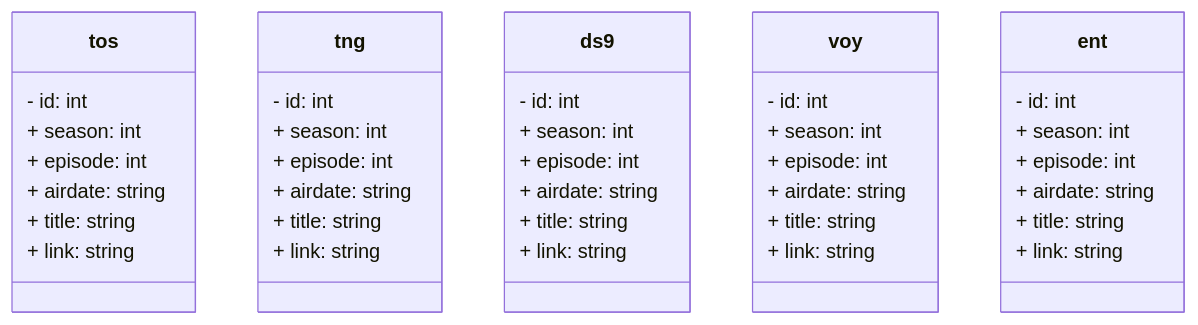
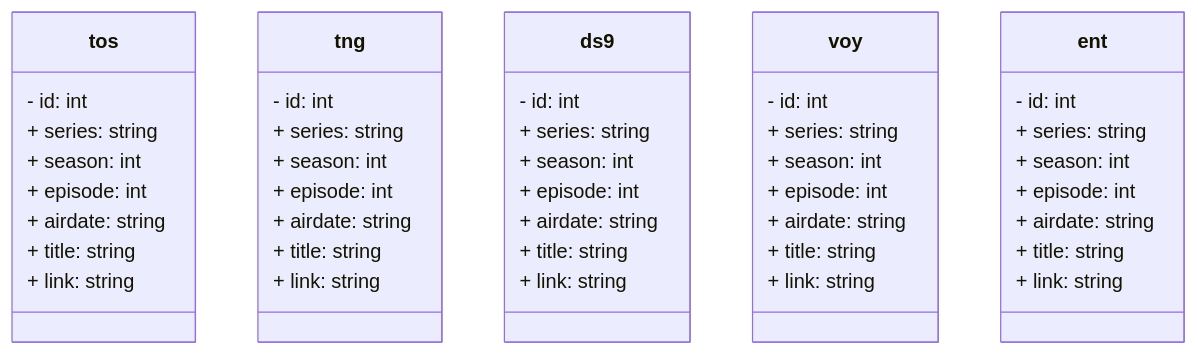
One commit to PStewart1/Lost-in-SPAAACE changed the diagram in Design Documents/dbDesign.md. Above: the diagram before and after it, drawn with Mermaid.

Commit message:
updated design doc

````diff
--- a/Design Documents/dbDesign.md
+++ b/Design Documents/dbDesign.md
@@ -4,47 +4,52 @@
 ```mermaid
 classDiagram
     class tos {
        - id: int
+       + series: string
        + season: int
        + episode: int
        + airdate: string
        + title: string
        + link: string
     }
 
     class tng {
        - id: int
+       + series: string
        + season: int
        + episode: int
        + airdate: string
        + title: string
        + link: string
     }
 
     class ds9 {
        - id: int
+       + series: string
        + season: int
        + episode: int
        + airdate: string
        + title: string
        + link: string
     }
 
     class voy {
        - id: int
+       + series: string
        + season: int
        + episode: int
        + airdate: string
        + title: string
        + link: string
     }
 
     class ent {
        - id: int
+       + series: string
        + season: int
        + episode: int
        + airdate: string
        + title: string
        + link: string
     }
 ```
````
